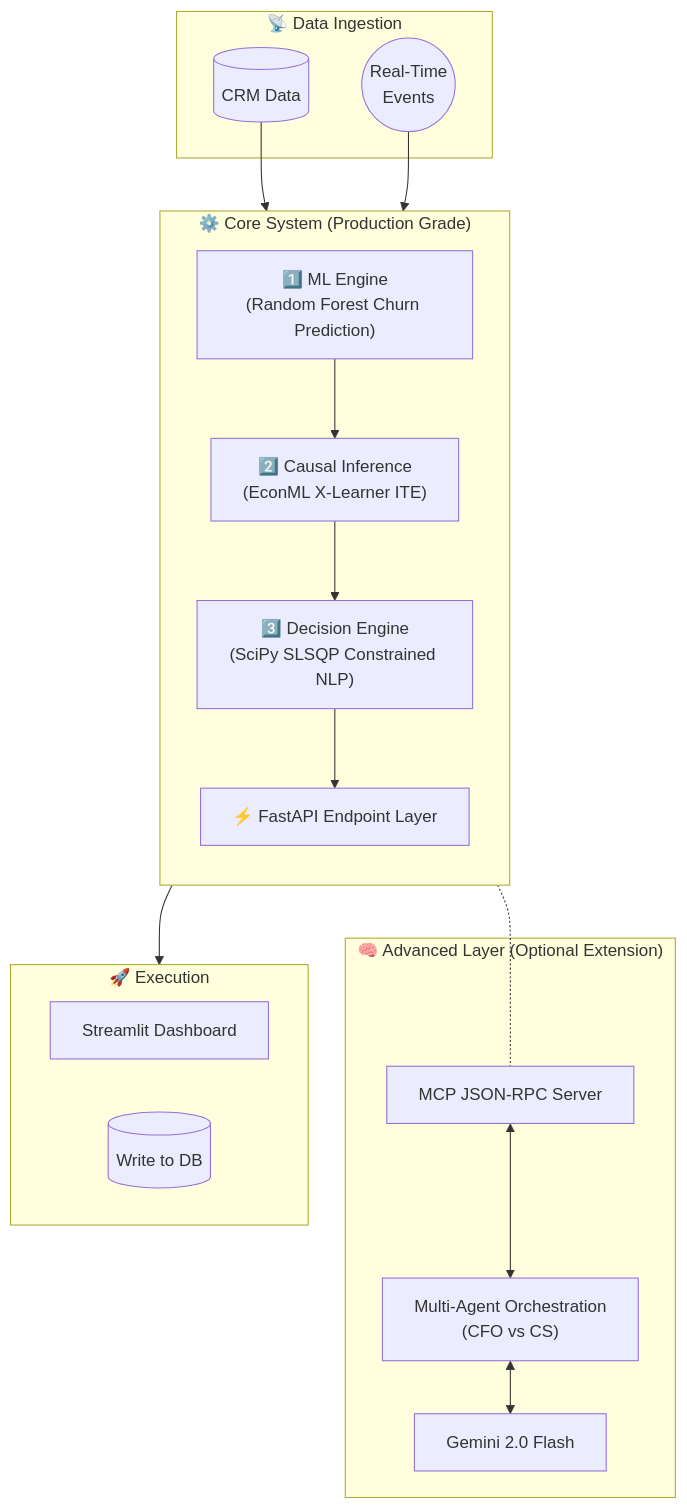
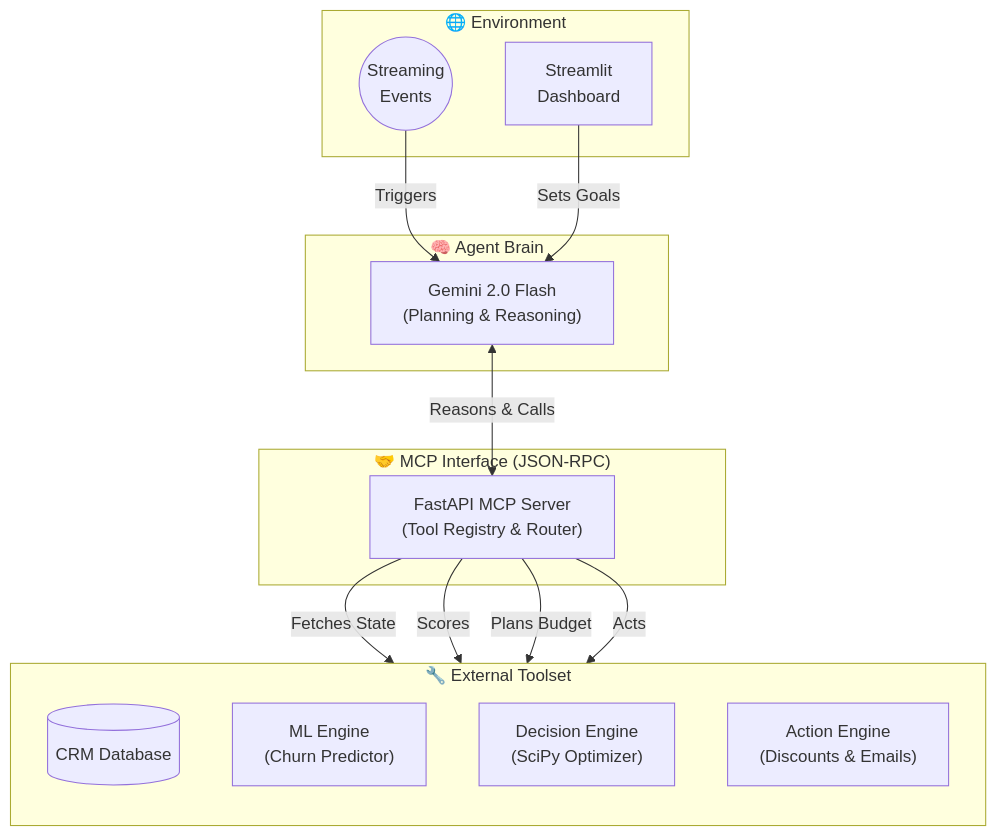
Before and after one commit to Ibrahimboutal/TheCustomerRetentionAgent: the diagram in README.md, drawn with Mermaid. The commit also changed other lines of this file, not shown here.

Commit message:
docs: update README to reflect transition from ML pipeline to autonomous agent architecture

````diff
--- a/README.md
+++ b/README.md
@@ -18,38 +58,31 @@
 ```mermaid
 flowchart TD
-    subgraph DataStream ["📡 Data Ingestion"]
-        DB[(CRM Data)]
-        EventStream((Real-Time\nEvents))
+    subgraph Core ["🧠 Agent Brain"]
+        LLM["Gemini 2.0 Flash\n(Planning & Reasoning)"]
     end
 
-    subgraph CoreSystem ["⚙️ Core System (Production Grade)"]
-        direction TB
-        ML["1️⃣ ML Engine\n(Random Forest Churn Prediction)"]
-        Uplift["2️⃣ Causal Inference\n(EconML X-Learner ITE)"]
-        Optimizer["3️⃣ Decision Engine\n(SciPy SLSQP Constrained NLP)"]
-        API["⚡ FastAPI Endpoint Layer"]
-        
-        ML --> Uplift
-        Uplift --> Optimizer
-        Optimizer --> API
+    subgraph Integration ["🤝 MCP Interface (JSON-RPC)"]
+        MCP["FastAPI MCP Server\n(Tool Registry & Router)"]
     end
 
-    subgraph AdvancedLayer ["🧠 Advanced Layer (Optional Extension)"]
-        MCP["MCP JSON-RPC Server"]
-        Debate["Multi-Agent Orchestration\n(CFO vs CS)"]
-        LLM["Gemini 2.0 Flash"]
-        
-        MCP <--> Debate
-        Debate <--> LLM
+    subgraph Toolset ["🔧 External Toolset"]
+        direction TB
+        DB[(CRM Database)]
+        ML["ML Engine\n(Churn Predictor)"]
+        OPT["Decision Engine\n(SciPy Optimizer)"]
+        EXEC["Action Engine\n(Discounts & Emails)"]
     end
 
-    subgraph Action ["🚀 Execution"]
-        UI["Streamlit Dashboard"]
-        DBUpdate[(Write to DB)]
+    subgraph Environment ["🌐 Environment"]
+        Events((Streaming\nEvents))
+        UI["Streamlit\nDashboard"]
     end
 
-    DB --> ML
-    EventStream --> API
-    API --> Action
-    API -.- MCP
+    Events -->|Triggers| LLM
+    UI -->|Sets Goals| LLM
+    LLM <-->|Reasons & Calls| MCP
+    MCP -->|Fetches State| DB
+    MCP -->|Scores| ML
+    MCP -->|Plans Budget| OPT
+    MCP -->|Acts| EXEC
 ```
````
